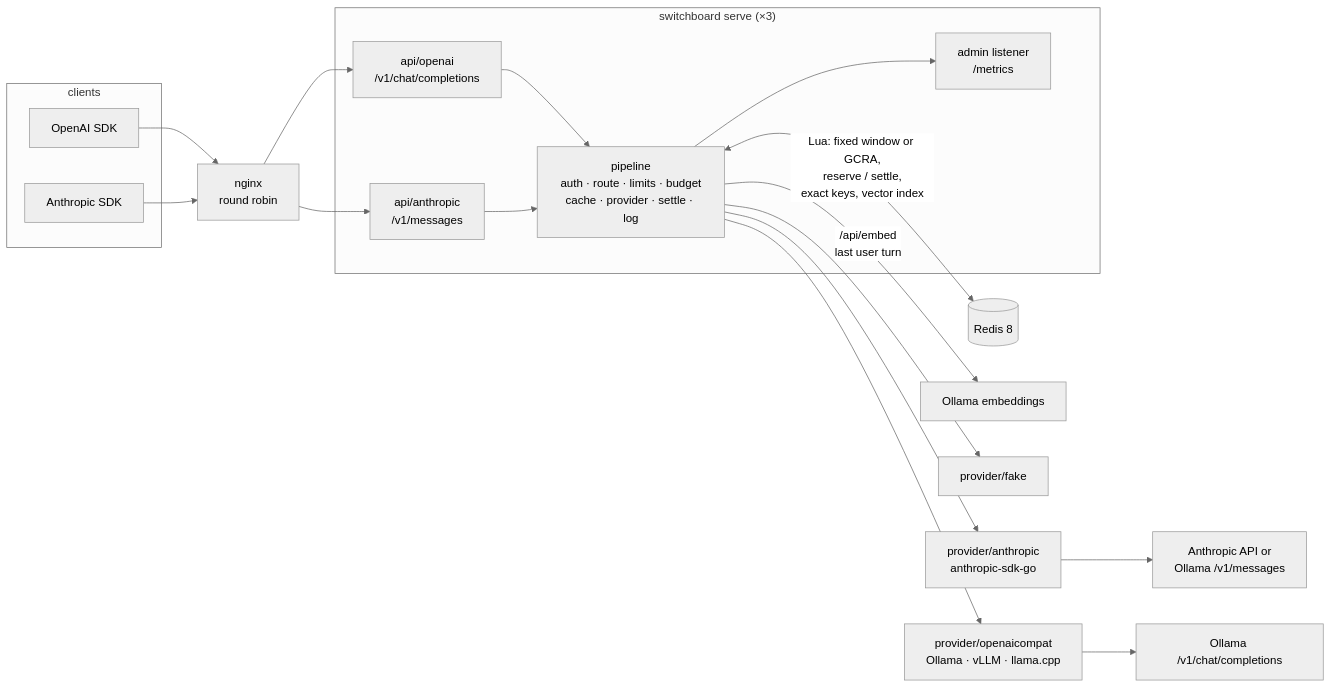
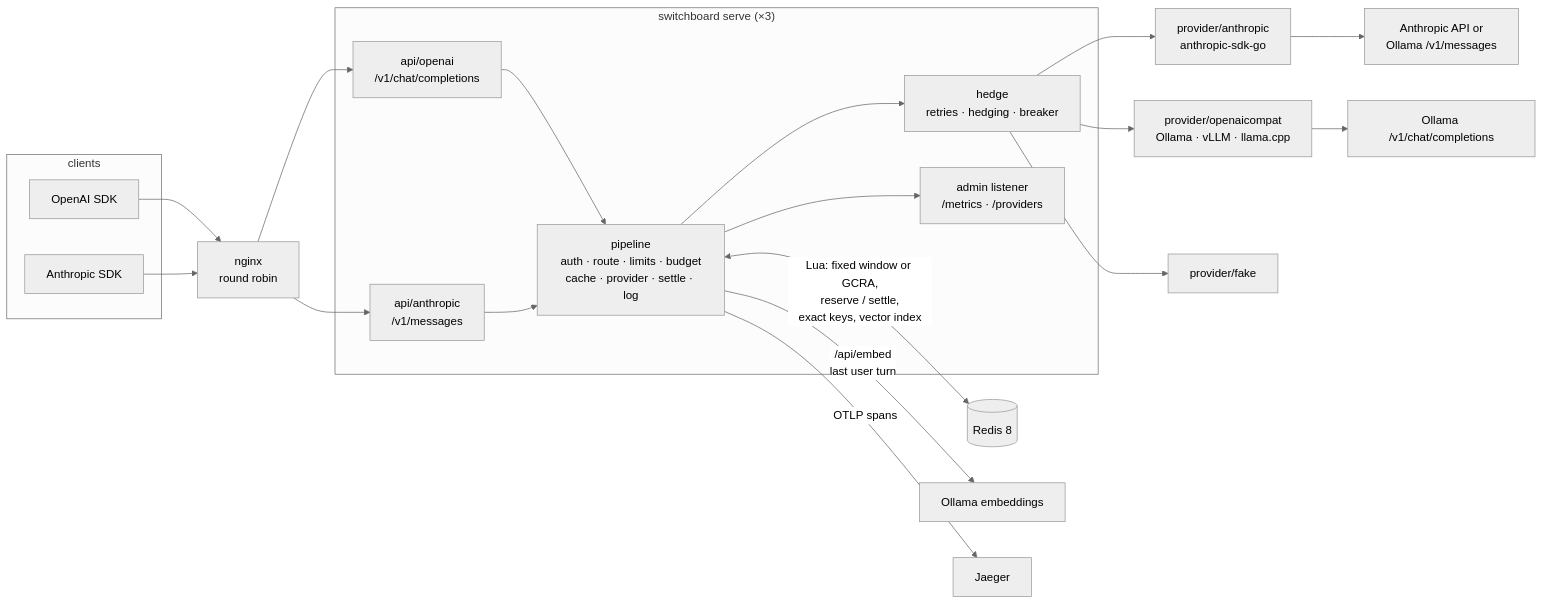
The diagram in README.md (TheAsianFish/switchboard), drawn with Mermaid (neutral theme) before and after one commit. The commit also changed other lines of this file and 119 other files, not shown here.

````diff
--- a/README.md
+++ b/README.md
@@ -109,28 +117,31 @@
 ```mermaid
 flowchart LR
   subgraph clients
     O[OpenAI SDK]
     A[Anthropic SDK]
   end
   LB[nginx<br/>round robin]
   subgraph gw["switchboard serve (×3)"]
     FO[api/openai<br/>/v1/chat/completions]
     FA[api/anthropic<br/>/v1/messages]
     P[pipeline<br/>auth · route · limits · budget<br/>cache · provider · settle · log]
-    M[admin listener<br/>/metrics]
+    H[hedge<br/>retries · hedging · breaker]
+    M[admin listener<br/>/metrics · /providers]
     FO --> P
     FA --> P
     P --> M
   end
   O --> LB
   A --> LB
   LB --> FO
   LB --> FA
   P <-->|Lua: fixed window or GCRA,<br/>reserve / settle,<br/>exact keys, vector index| R[(Redis 8)]
   P -->|/api/embed<br/>last user turn| E[Ollama embeddings]
-  P --> PA[provider/anthropic<br/>anthropic-sdk-go]
-  P --> PO[provider/openaicompat<br/>Ollama · vLLM · llama.cpp]
-  P --> PF[provider/fake]
+  P -->|OTLP spans| J[Jaeger]
+  P --> H
+  H --> PA[provider/anthropic<br/>anthropic-sdk-go]
+  H --> PO[provider/openaicompat<br/>Ollama · vLLM · llama.cpp]
+  H --> PF[provider/fake]
   PA --> ANT[Anthropic API or<br/>Ollama /v1/messages]
   PO --> OL[Ollama /v1/chat/completions]
 ```
````
